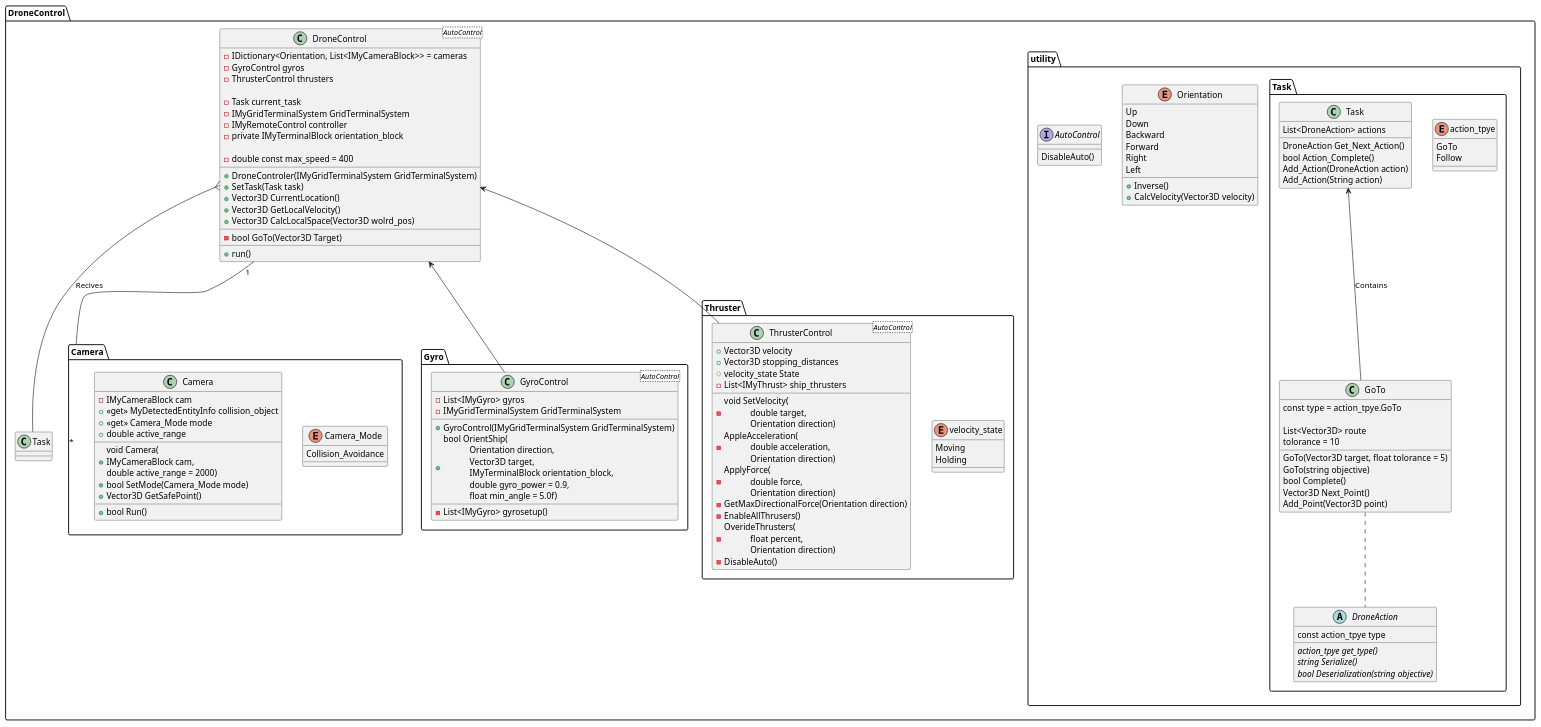
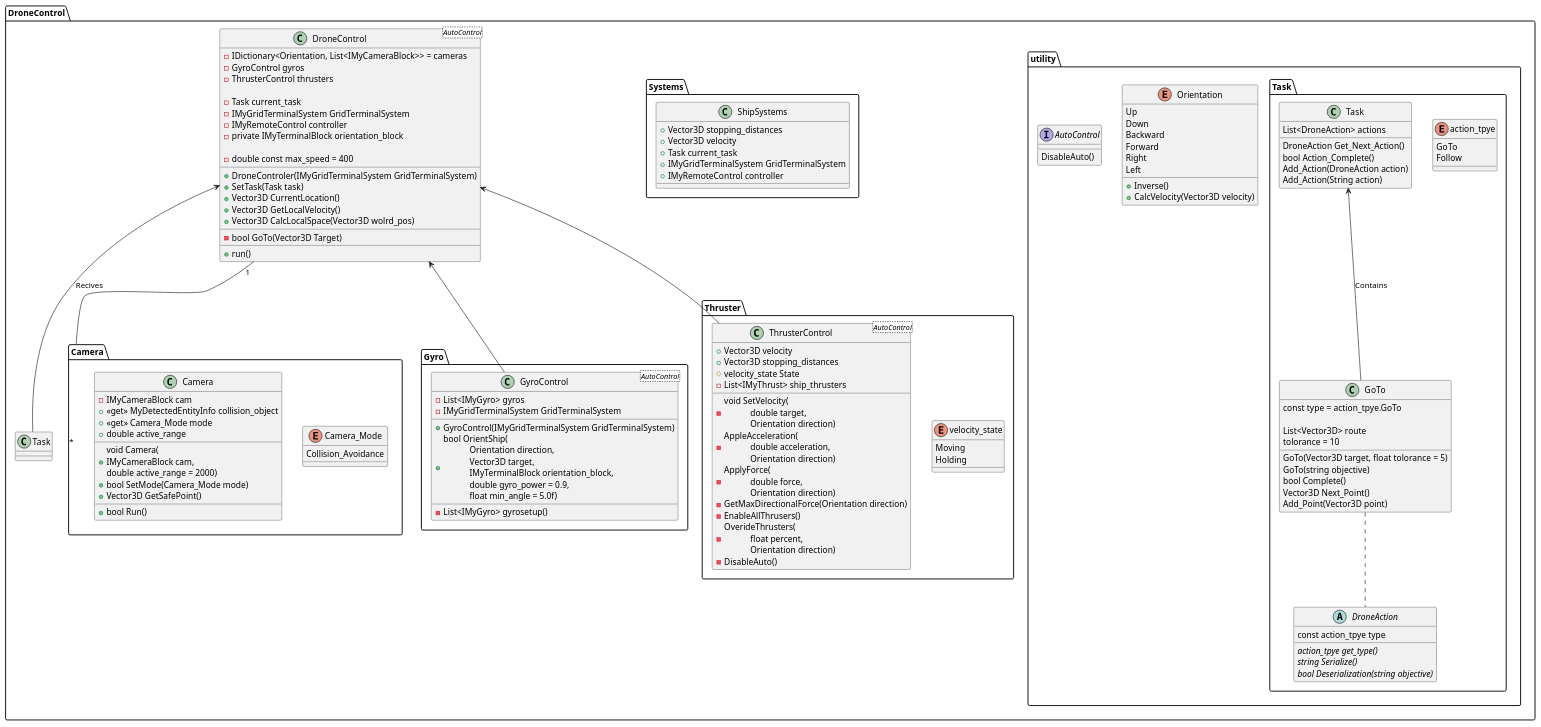
Before and after one commit to jacob7395/DroneControl: the diagram in Design/SpecDiagram.pu, drawn with PlantUML. The commit also changed 7 other files, not shown here.

Commit message:
Added ship systems to the design and stated integrating the thrusters.

```diff
--- a/Design/SpecDiagram.pu
+++ b/Design/SpecDiagram.pu
@@ -1,157 +1,167 @@
 package DroneControl {
 
     package utility {
         enum Orientation {
             Up
             Down
             Backward
             Forward
             Right
             Left
 
             +Inverse()
             +CalcVelocity(Vector3D velocity)
         }
 
         interface AutoControl {
             DisableAuto()
         }
 
         package Task {
 
             enum action_tpye {
                 GoTo
                 Follow
             }
 
             abstract DroneAction {
                 const action_tpye type
 
                 {abstract} action_tpye get_type()
                 {abstract} string Serialize()
                 {abstract} bool Deserialization(string objective)
             }
 
             class GoTo {
                 const type = action_tpye.GoTo
 
                 List<Vector3D> route
                 tolorance = 10
 
                 GoTo(Vector3D target, float tolorance = 5)
                 GoTo(string objective)
                 bool Complete()
                 Vector3D Next_Point()
                 Add_Point(Vector3D point)
             }     
 
             class Task {
                 List<DroneAction> actions
 
                 DroneAction Get_Next_Action()
                 bool Action_Complete()
                 Add_Action(DroneAction action)
                 Add_Action(String action)
             }
 
             GoTo .. DroneAction
             Task <-- GoTo : Contains
+        }
+    }
+
+    package Systems {
+        class ShipSystems{
+            +Vector3D stopping_distances
+            +Vector3D velocity
+            +Task current_task
+            +IMyGridTerminalSystem GridTerminalSystem
+            +IMyRemoteControl controller
         }
     }
 
     package Camera {
         enum Camera_Mode {
             Collision_Avoidance
         }
 
         class Camera {
             -IMyCameraBlock cam
             +<<get>> MyDetectedEntityInfo collision_object
             +<<get>> Camera_Mode mode
             +double active_range
             __
             +void Camera(\nIMyCameraBlock cam,\ndouble active_range = 2000)
             +bool SetMode(Camera_Mode mode)
             +Vector3D GetSafePoint()
             __
             +bool Run()
         }
     }
 
     package Gyro {
         class GyroControl <AutoControl>{
             -List<IMyGyro> gyros
             -IMyGridTerminalSystem GridTerminalSystem
             __
             +GyroControl(IMyGridTerminalSystem GridTerminalSystem)
             +bool OrientShip(\n\
             Orientation direction,\n\
             Vector3D target,\n\
             IMyTerminalBlock orientation_block,\n\
             double gyro_power = 0.9,\n\
             float min_angle = 5.0f)
             __
             -List<IMyGyro> gyrosetup()
         }
     }
 
     package Thruster {
         enum velocity_state
         {
             Moving
             Holding
         }
 
         class ThrusterControl <AutoControl>{
             
             +Vector3D velocity
             +Vector3D stopping_distances
             #velocity_state State
             -List<IMyThrust> ship_thrusters
 
             -void SetVelocity(\n\
             double target,\n\
             Orientation direction)
             -AppleAcceleration(\n\
             double acceleration,\n\
             Orientation direction)
             -ApplyForce(\n\
             double force,\n\
             Orientation direction)
             -GetMaxDirectionalForce(Orientation direction)
             -EnableAllThrusers()
             -OverideThrusters(\n\
             float percent,\n\
             Orientation direction)
             -DisableAuto()
         }
     }
 
     class DroneControl <AutoControl>{
         -IDictionary<Orientation, List<IMyCameraBlock>> = cameras
         -GyroControl gyros
         -ThrusterControl thrusters
 
         -Task current_task
         -IMyGridTerminalSystem GridTerminalSystem
         -IMyRemoteControl controller
         -private IMyTerminalBlock orientation_block
 
         -double const max_speed = 400
         __
         +DroneControler(IMyGridTerminalSystem GridTerminalSystem)
         +SetTask(Task task)
         +Vector3D CurrentLocation()
         +Vector3D GetLocalVelocity()
         +Vector3D CalcLocalSpace(Vector3D wolrd_pos)
         __
         -bool GoTo(Vector3D Target)
         __
         +run()
     }
 
     DroneControl <-- ThrusterControl
     DroneControl <-- GyroControl
-    DroneControl }-- Task : Recives
+    DroneControl <-- Task : Recives
     DroneControl "1" -- "*" Camera
 }
```
